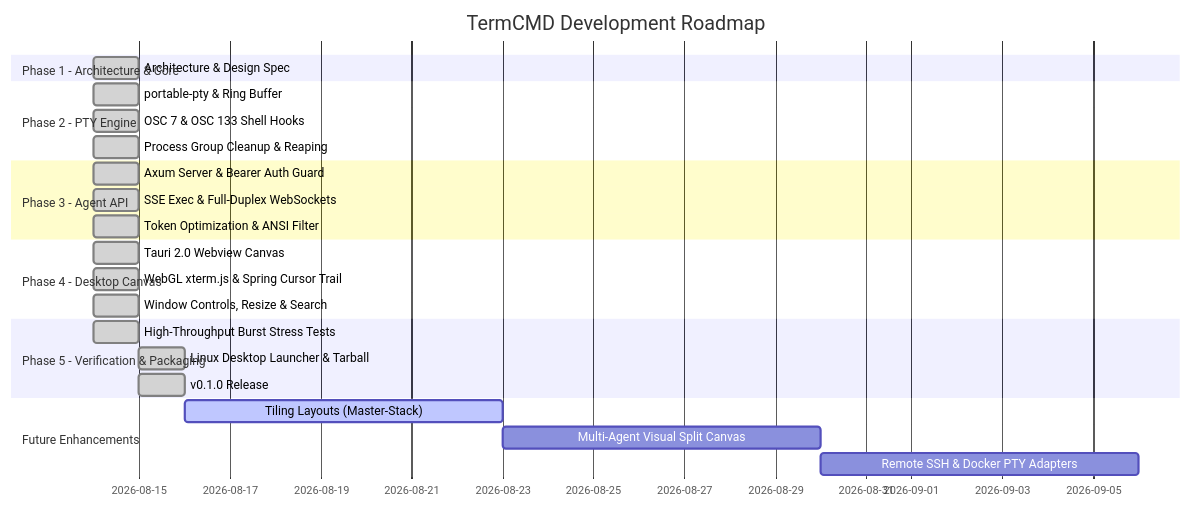
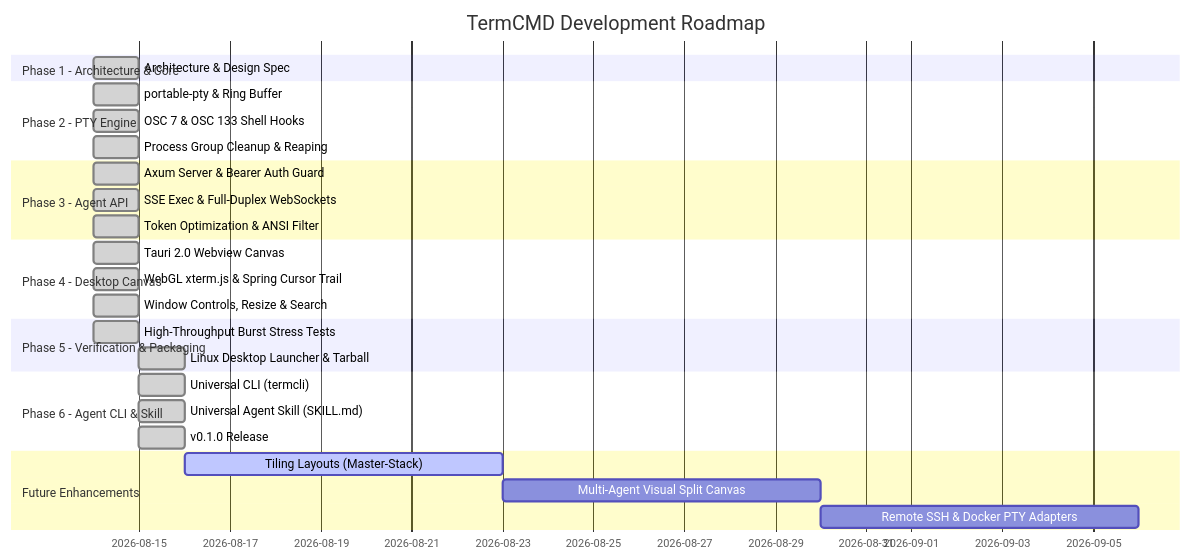
The diagram in README.md (NikhilSwaroop-P/Terminal_CMD), drawn with Mermaid before and after one commit. The commit also changed other lines of this file, not shown here.

Commit message:
docs: update README with Universal CLI and Agent Skill documentation

````diff
--- a/README.md
+++ b/README.md
@@ -81,27 +90,30 @@
 ```mermaid
 gantt
     title TermCMD Development Roadmap
     dateFormat  YYYY-MM-DD
     section Phase 1 - Architecture & Core
     Architecture & Design Spec           :done, 2026-08-14, 1d
     section Phase 2 - PTY Engine
     portable-pty & Ring Buffer           :done, 2026-08-14, 1d
     OSC 7 & OSC 133 Shell Hooks          :done, 2026-08-14, 1d
     Process Group Cleanup & Reaping      :done, 2026-08-14, 1d
     section Phase 3 - Agent API
     Axum Server & Bearer Auth Guard      :done, 2026-08-14, 1d
     SSE Exec & Full-Duplex WebSockets    :done, 2026-08-14, 1d
     Token Optimization & ANSI Filter     :done, 2026-08-14, 1d
     section Phase 4 - Desktop Canvas
     Tauri 2.0 Webview Canvas             :done, 2026-08-14, 1d
     WebGL xterm.js & Spring Cursor Trail :done, 2026-08-14, 1d
     Window Controls, Resize & Search     :done, 2026-08-14, 1d
     section Phase 5 - Verification & Packaging
     High-Throughput Burst Stress Tests   :done, 2026-08-14, 1d
     Linux Desktop Launcher & Tarball     :done, 2026-08-15, 1d
+    section Phase 6 - Agent CLI & Skill
+    Universal CLI (termcli)              :done, 2026-08-15, 1d
+    Universal Agent Skill (SKILL.md)     :done, 2026-08-15, 1d
     v0.1.0 Release                       :done, 2026-08-15, 1d
     section Future Enhancements
     Tiling Layouts (Master-Stack)        :active, 2026-08-16, 7d
     Multi-Agent Visual Split Canvas      :2026-08-23, 7d
     Remote SSH & Docker PTY Adapters     :2026-08-30, 7d
 ```
````
